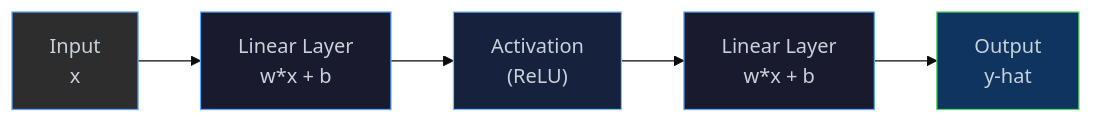
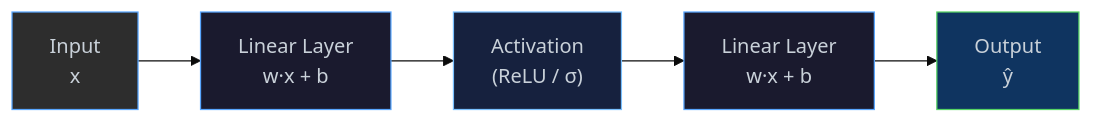
Before and after one commit to lewismj/eta: the first of 5 diagrams in docs/torch.md, drawn with Mermaid (base theme). The commit also changed other lines of this file, not shown here.

````diff
--- a/docs/torch.md
+++ b/docs/torch.md
@@ -36,13 +36,13 @@
 ```mermaid
 flowchart LR
-    X["Input\nx"] --> L1["Linear Layer\nw*x + b"]
-    L1 --> A1["Activation\n(ReLU)"]
-    A1 --> L2["Linear Layer\nw*x + b"]
-    L2 --> Y["Output\ny-hat"]
+    X["Input\nx"] --> L1["Linear Layer\nw·x + b"]
+    L1 --> A1["Activation\n(ReLU / σ)"]
+    A1 --> L2["Linear Layer\nw·x + b"]
+    L2 --> Y["Output\nŷ"]
 
     style X  fill:#2d2d2d,stroke:#58a6ff,color:#c9d1d9
     style L1 fill:#1a1a2e,stroke:#58a6ff,color:#c9d1d9
     style A1 fill:#16213e,stroke:#79c0ff,color:#c9d1d9
     style L2 fill:#1a1a2e,stroke:#58a6ff,color:#c9d1d9
     style Y  fill:#0f3460,stroke:#56d364,color:#c9d1d9
 ```
````
